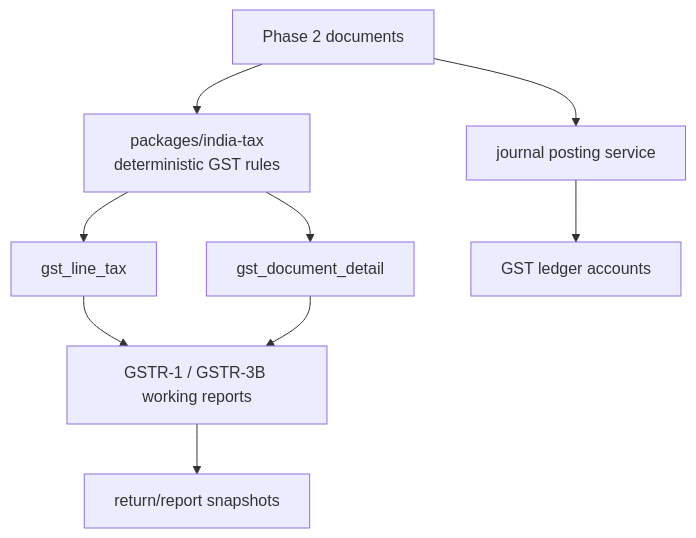
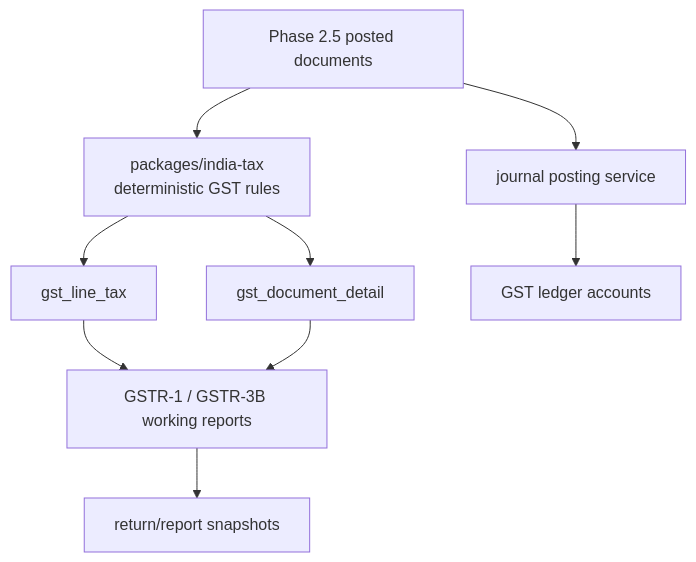
The first of 2 diagrams in docs/superpowers/plans/2026-06-16-phase-03-india-gst-core-detailed-plan.md (isherbuilds/edernal-books), drawn with Mermaid before and after one commit. The commit also changed other lines of this file and 44 other files, not shown here.

````diff
--- a/docs/superpowers/plans/2026-06-16-phase-03-india-gst-core-detailed-plan.md
+++ b/docs/superpowers/plans/2026-06-16-phase-03-india-gst-core-detailed-plan.md
@@ -15,11 +26,11 @@
 ```mermaid
 flowchart TD
-  Documents["Phase 2 documents"] --> TaxCalc["packages/india-tax<br/>deterministic GST rules"]
+  Documents["Phase 2.5 posted documents"] --> TaxCalc["packages/india-tax<br/>deterministic GST rules"]
   TaxCalc --> TaxLines["gst_line_tax"]
   TaxCalc --> Details["gst_document_detail"]
   Documents --> Ledger["journal posting service"]
   Ledger --> TaxAccounts["GST ledger accounts"]
   TaxLines --> Reports["GSTR-1 / GSTR-3B working reports"]
   Details --> Reports
   Reports --> Snapshots["return/report snapshots"]
 ```
````
